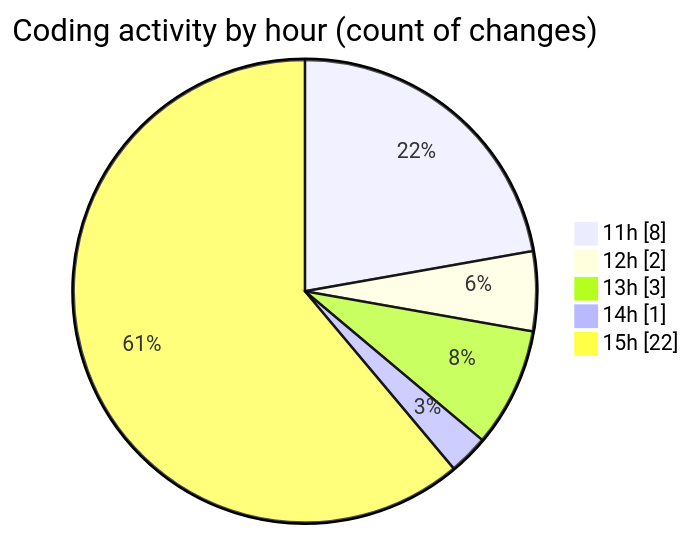
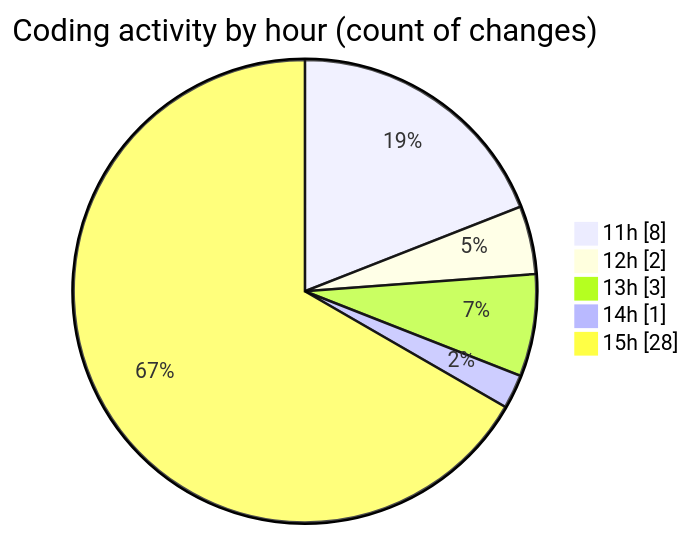
The second of 2 diagrams in 2025-07-04/argos/README.md (nxtqubesakshisongat/code-tracking), drawn with Mermaid before and after one commit. The commit also changed other lines of this file and 1 other file, not shown here.

````diff
--- a/2025-07-04/argos/README.md
+++ b/2025-07-04/argos/README.md
@@ -30,9 +30,9 @@
 ```mermaid
 pie showData
 title Coding activity by hour (count of changes)
 "11h" : 8
 "12h" : 2
 "13h" : 3
 "14h" : 1
-"15h" : 22
+"15h" : 28
 ```
````
